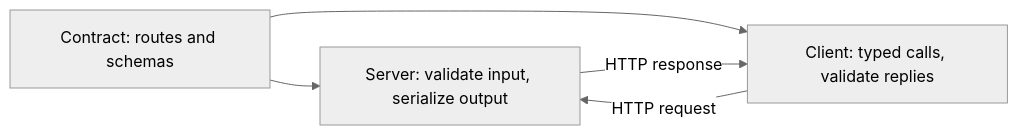
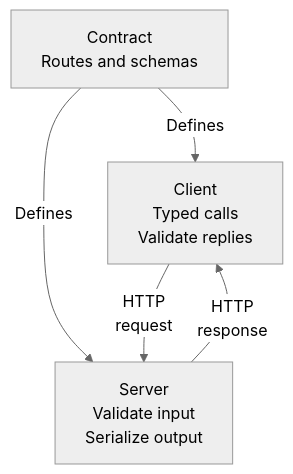
The diagram in docs/README.md (skeld-dev/skeld), drawn with Mermaid (neutral theme) before and after one commit. The commit also changed other lines of this file and 69 other files, not shown here.

````diff
--- a/docs/README.md
+++ b/docs/README.md
@@ -9,7 +9,7 @@
 ```mermaid
-flowchart LR
-    Contract["Contract: routes and schemas"] --> Server["Server: validate input, serialize output"]
-    Contract --> Client["Client: typed calls, validate replies"]
-    Client -->|HTTP request| Server
-    Server -->|HTTP response| Client
+flowchart TD
+    Contract["Contract<br/>Routes and schemas"] -->|Defines| Client["Client<br/>Typed calls<br/>Validate replies"]
+    Contract -->|Defines| Server["Server<br/>Validate input<br/>Serialize output"]
+    Client -->|HTTP<br/>request| Server
+    Server -->|HTTP<br/>response| Client
 ```
````
